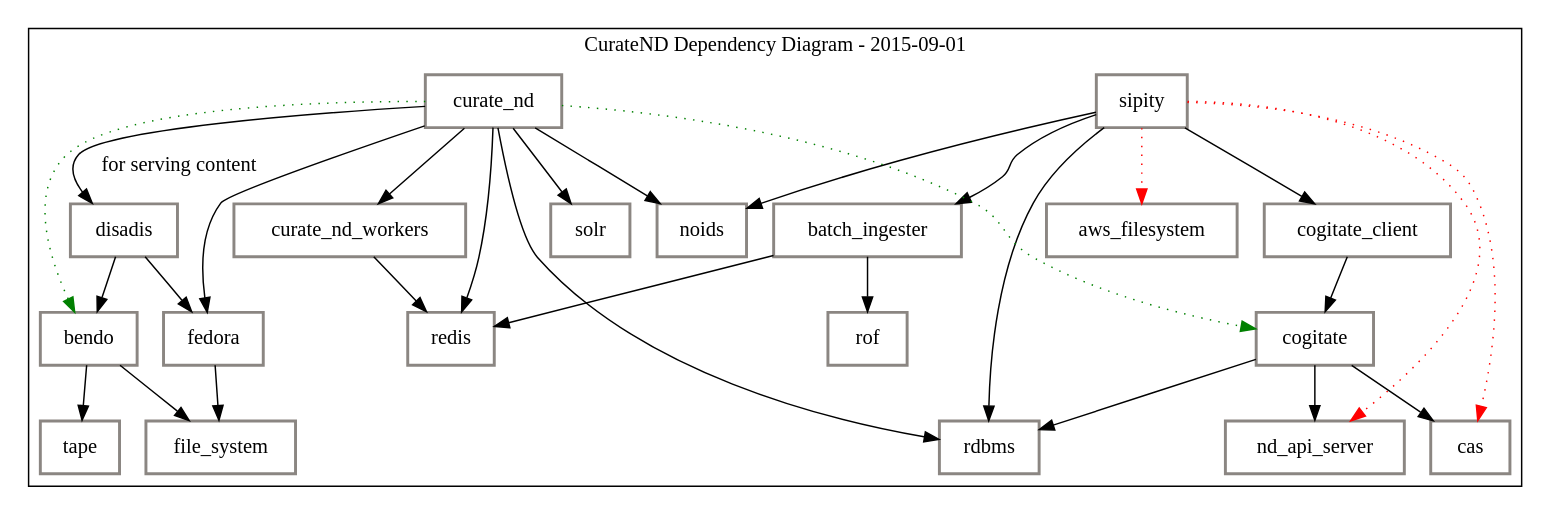
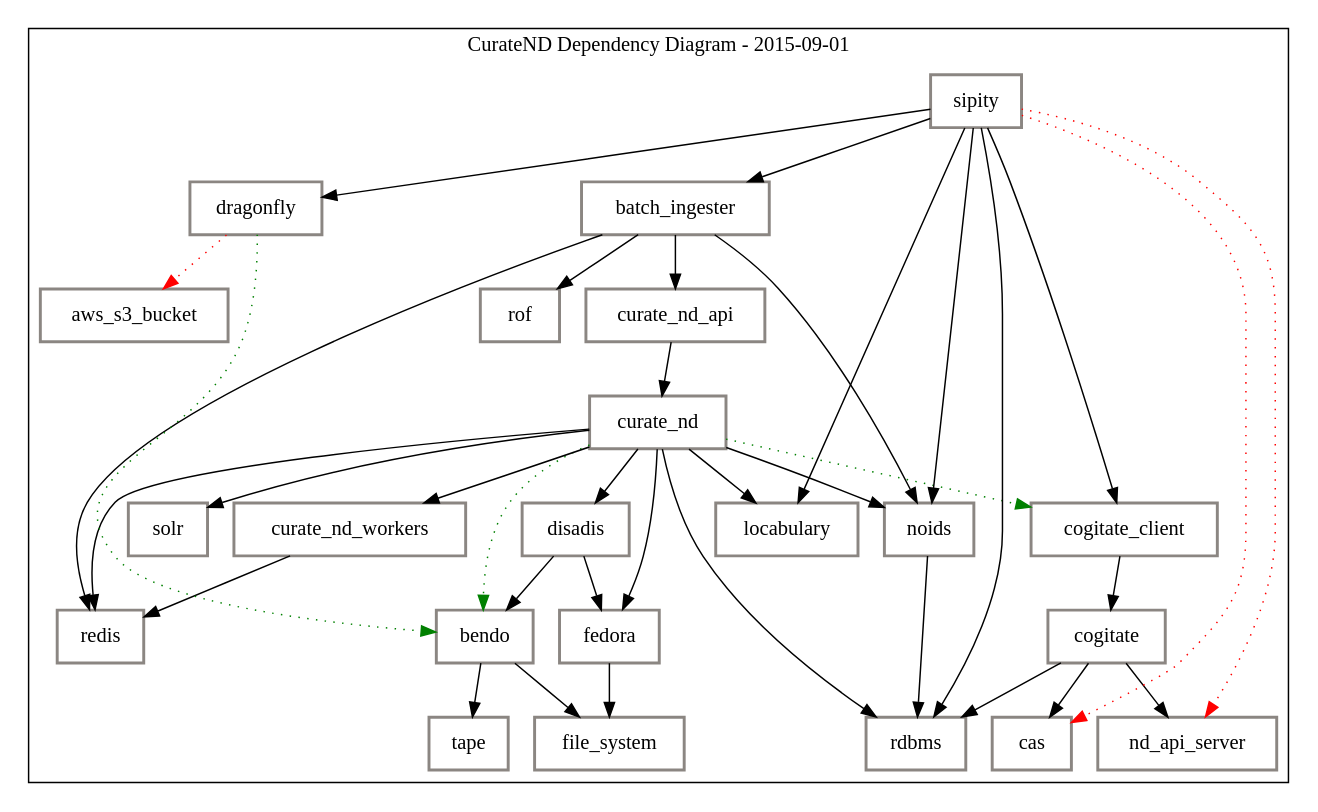
One commit to zchen12wpi/curate_nd changed the diagram in architecture/hydra-connect-2015-dependency-diagram.dot. Above: the diagram before and after it, drawn with Graphviz. The commit also changed 1 other file, not shown here.

Commit message:
Updating 2014 and 2015 dependency diagram
[skip ci]

```diff
--- a/architecture/hydra-connect-2015-dependency-diagram.dot
+++ b/architecture/hydra-connect-2015-dependency-diagram.dot
@@ -1,38 +1,46 @@
 digraph "G" {
     compound=true;
     node[color="grey15" shape=record penwidth=2 margin="0.15, 0.125"];
 
     subgraph cluster_0 {
         label="CurateND Dependency Diagram - 2015-09-01"
         node[style=filled fillcolor=white color="seashell4"]
-        sipity -> aws_filesystem[style="dotted" color="red"]
-        sipity -> cas[style="dotted" color="red"]
-        sipity -> rdbms
-        sipity -> batch_ingester
-        sipity -> noids
-        sipity -> cogitate_client
-        sipity -> nd_api_server[style="dotted" color="red"]
+        batch_ingester -> curate_nd_api
+        batch_ingester -> redis
+        batch_ingester -> rof
+        batch_ingester -> noids
+        bendo -> file_system
+        bendo -> tape
         cogitate -> cas
+        cogitate -> nd_api_server
+        cogitate -> rdbms
         cogitate_client -> cogitate
-        cogitate -> rdbms
-        cogitate -> nd_api_server
+        curate_nd -> bendo[style="dotted" color="green"]
+        curate_nd -> cogitate_client[style="dotted" color="green"]
+        curate_nd -> curate_nd_workers
+        curate_nd -> disadis
+        curate_nd -> fedora
+        curate_nd -> locabulary
         curate_nd -> noids
-        curate_nd -> disadis[label="for serving content"]
         curate_nd -> rdbms
         curate_nd -> redis
-        curate_nd -> fedora
         curate_nd -> solr
-        curate_nd -> curate_nd_workers
-        curate_nd -> cogitate[style="dotted" color="green"]
-        curate_nd -> bendo[style="dotted" color="green"]
-        batch_ingester -> redis
-        batch_ingester -> rof
+        curate_nd_api -> curate_nd
         curate_nd_workers -> redis
+        disadis -> bendo
         disadis -> fedora
-        disadis -> bendo
         fedora -> file_system
-        bendo -> file_system
-        bendo -> tape
+        sipity -> dragonfly
+        dragonfly -> aws_s3_bucket[style="dotted" color="red"]
+        dragonfly -> bendo[style="dotted" color="green"]
+        noids -> rdbms
+        sipity -> batch_ingester
+        sipity -> cas[style="dotted" color="red"]
+        sipity -> cogitate_client
+        sipity -> locabulary
+        sipity -> nd_api_server[style="dotted" color="red"]
+        sipity -> noids
+        sipity -> rdbms
     }
 
 }
```
